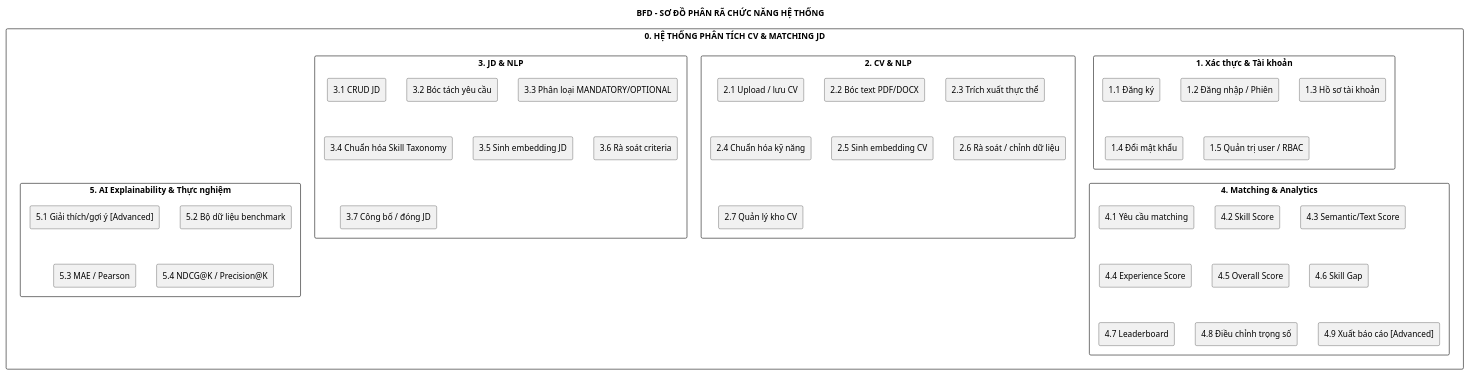
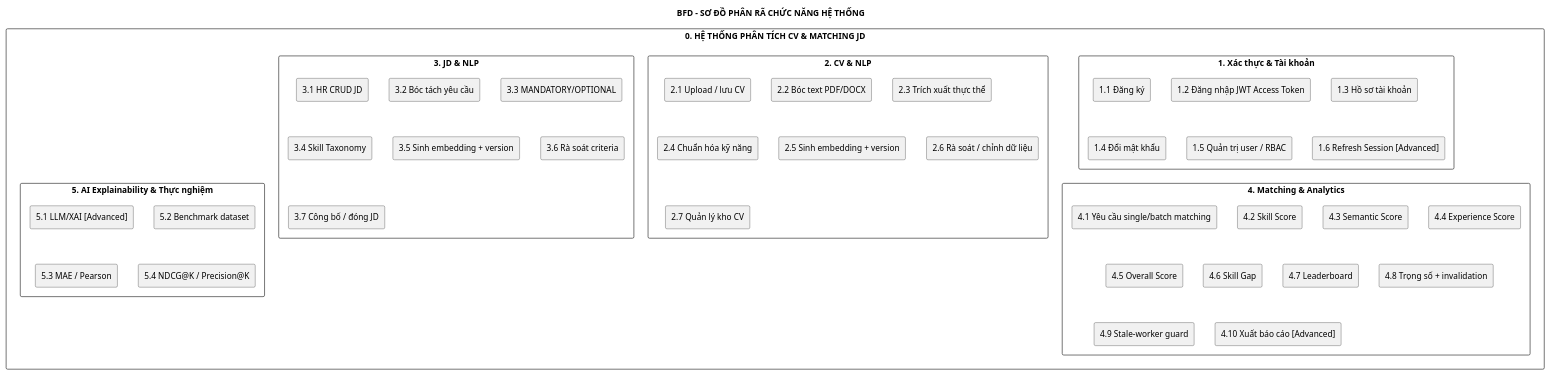
One commit to anh632k-ui/WebCVUngVienTuyenDung changed the diagram in docs/01_bfd/bfd_system.puml. Above: the diagram before and after it, drawn with PlantUML.

Commit message:
docs(pttk): mark auth advanced scope in BFD

```diff
--- a/docs/01_bfd/bfd_system.puml
+++ b/docs/01_bfd/bfd_system.puml
@@ -1,58 +1,55 @@
 @startuml
 skinparam monochrome true
 skinparam shadowing false
 skinparam linetype ortho
 skinparam packageStyle rectangle
 
 title BFD - SƠ ĐỒ PHÂN RÃ CHỨC NĂNG HỆ THỐNG
 
 rectangle "0. HỆ THỐNG PHÂN TÍCH CV & MATCHING JD" as SYS {
-  rectangle "1. Xác thực & Tài khoản" as F1 {
-    rectangle "1.1 Đăng ký" as F11
-    rectangle "1.2 Đăng nhập / Phiên" as F12
-    rectangle "1.3 Hồ sơ tài khoản" as F13
-    rectangle "1.4 Đổi mật khẩu" as F14
-    rectangle "1.5 Quản trị user / RBAC" as F15
+  rectangle "1. Xác thực & Tài khoản" {
+    rectangle "1.1 Đăng ký" 
+    rectangle "1.2 Đăng nhập JWT Access Token"
+    rectangle "1.3 Hồ sơ tài khoản"
+    rectangle "1.4 Đổi mật khẩu"
+    rectangle "1.5 Quản trị user / RBAC"
+    rectangle "1.6 Refresh Session [Advanced]"
   }
-
-  rectangle "2. CV & NLP" as F2 {
-    rectangle "2.1 Upload / lưu CV" as F21
-    rectangle "2.2 Bóc text PDF/DOCX" as F22
-    rectangle "2.3 Trích xuất thực thể" as F23
-    rectangle "2.4 Chuẩn hóa kỹ năng" as F24
-    rectangle "2.5 Sinh embedding CV" as F25
-    rectangle "2.6 Rà soát / chỉnh dữ liệu" as F26
-    rectangle "2.7 Quản lý kho CV" as F27
+  rectangle "2. CV & NLP" {
+    rectangle "2.1 Upload / lưu CV"
+    rectangle "2.2 Bóc text PDF/DOCX"
+    rectangle "2.3 Trích xuất thực thể"
+    rectangle "2.4 Chuẩn hóa kỹ năng"
+    rectangle "2.5 Sinh embedding + version"
+    rectangle "2.6 Rà soát / chỉnh dữ liệu"
+    rectangle "2.7 Quản lý kho CV"
   }
-
-  rectangle "3. JD & NLP" as F3 {
-    rectangle "3.1 CRUD JD" as F31
-    rectangle "3.2 Bóc tách yêu cầu" as F32
-    rectangle "3.3 Phân loại MANDATORY/OPTIONAL" as F33
-    rectangle "3.4 Chuẩn hóa Skill Taxonomy" as F34
-    rectangle "3.5 Sinh embedding JD" as F35
-    rectangle "3.6 Rà soát criteria" as F36
-    rectangle "3.7 Công bố / đóng JD" as F37
+  rectangle "3. JD & NLP" {
+    rectangle "3.1 HR CRUD JD"
+    rectangle "3.2 Bóc tách yêu cầu"
+    rectangle "3.3 MANDATORY/OPTIONAL"
+    rectangle "3.4 Skill Taxonomy"
+    rectangle "3.5 Sinh embedding + version"
+    rectangle "3.6 Rà soát criteria"
+    rectangle "3.7 Công bố / đóng JD"
   }
-
-  rectangle "4. Matching & Analytics" as F4 {
-    rectangle "4.1 Yêu cầu matching" as F41
-    rectangle "4.2 Skill Score" as F42
-    rectangle "4.3 Semantic/Text Score" as F43
-    rectangle "4.4 Experience Score" as F44
-    rectangle "4.5 Overall Score" as F45
-    rectangle "4.6 Skill Gap" as F46
-    rectangle "4.7 Leaderboard" as F47
-    rectangle "4.8 Điều chỉnh trọng số" as F48
-    rectangle "4.9 Xuất báo cáo [Advanced]" as F49
+  rectangle "4. Matching & Analytics" {
+    rectangle "4.1 Yêu cầu single/batch matching"
+    rectangle "4.2 Skill Score"
+    rectangle "4.3 Semantic Score"
+    rectangle "4.4 Experience Score"
+    rectangle "4.5 Overall Score"
+    rectangle "4.6 Skill Gap"
+    rectangle "4.7 Leaderboard"
+    rectangle "4.8 Trọng số + invalidation"
+    rectangle "4.9 Stale-worker guard"
+    rectangle "4.10 Xuất báo cáo [Advanced]"
   }
-
-  rectangle "5. AI Explainability & Thực nghiệm" as F5 {
-    rectangle "5.1 Giải thích/gợi ý [Advanced]" as F51
-    rectangle "5.2 Bộ dữ liệu benchmark" as F52
-    rectangle "5.3 MAE / Pearson" as F53
-    rectangle "5.4 NDCG@K / Precision@K" as F54
+  rectangle "5. AI Explainability & Thực nghiệm" {
+    rectangle "5.1 LLM/XAI [Advanced]"
+    rectangle "5.2 Benchmark dataset"
+    rectangle "5.3 MAE / Pearson"
+    rectangle "5.4 NDCG@K / Precision@K"
   }
 }
-
 @enduml
```
